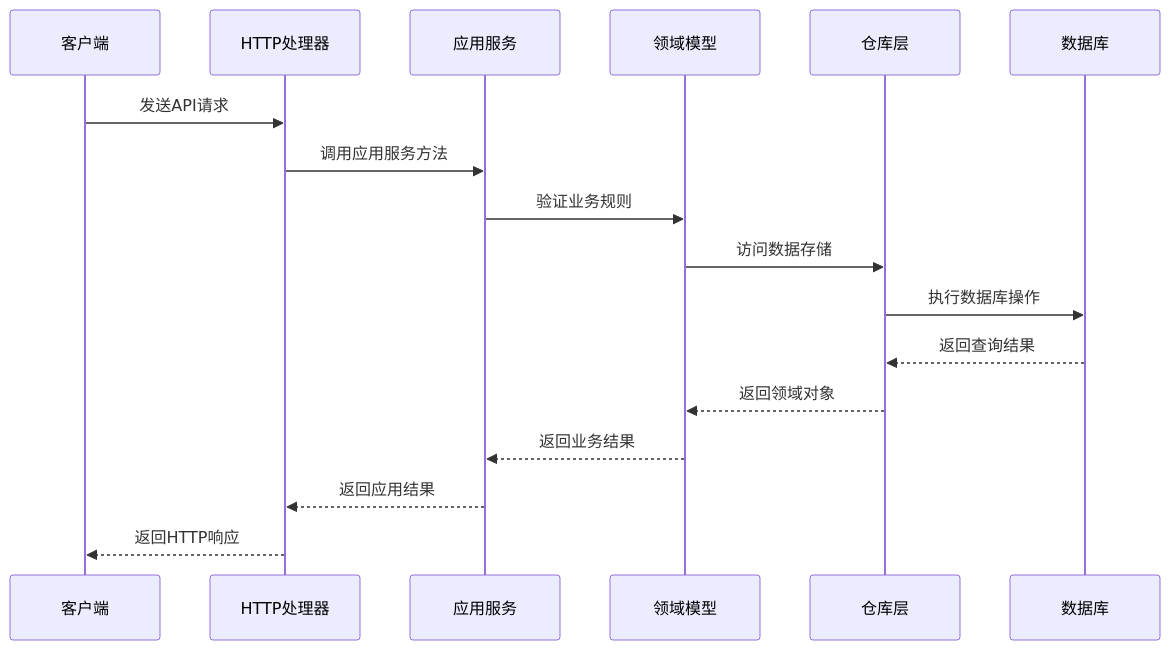
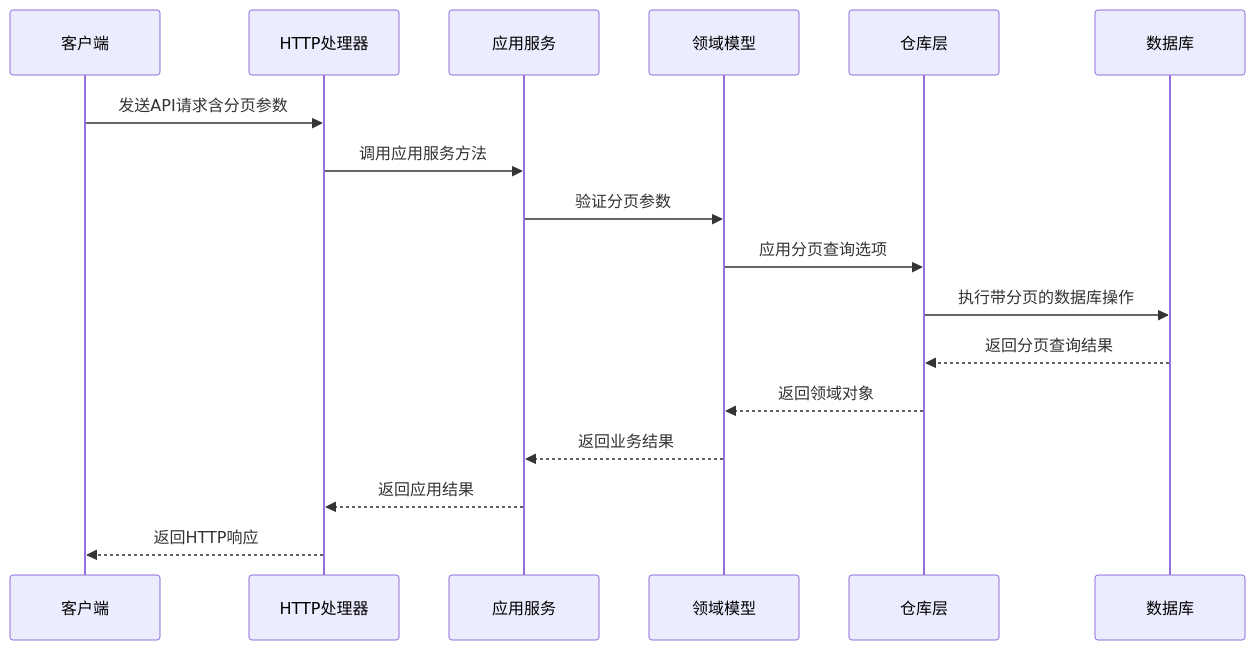
One commit to ATOMLubover/poprako changed the second of 5 diagrams in .qoder/repowiki/zh/content/API 接口文档/团队管理接口.md. Above: the diagram before and after it, drawn with Mermaid. The commit also changed other lines of this file and 22 other files, not shown here.

````diff
--- a/.qoder/repowiki/zh/content/API 接口文档/团队管理接口.md
+++ b/.qoder/repowiki/zh/content/API 接口文档/团队管理接口.md
@@ -109,19 +134,19 @@
 ```mermaid
 sequenceDiagram
 participant Client as 客户端
 participant HTTP as HTTP处理器
 participant App as 应用服务
 participant Domain as 领域模型
 participant Repo as 仓库层
 participant DB as 数据库
-Client->>HTTP : 发送API请求
+Client->>HTTP : 发送API请求含分页参数
 HTTP->>App : 调用应用服务方法
-App->>Domain : 验证业务规则
-Domain->>Repo : 访问数据存储
-Repo->>DB : 执行数据库操作
-DB-->>Repo : 返回查询结果
+App->>Domain : 验证分页参数
+Domain->>Repo : 应用分页查询选项
+Repo->>DB : 执行带分页的数据库操作
+DB-->>Repo : 返回分页查询结果
 Repo-->>Domain : 返回领域对象
 Domain-->>App : 返回业务结果
 App-->>HTTP : 返回应用结果
 HTTP-->>Client : 返回HTTP响应
 ```
````
